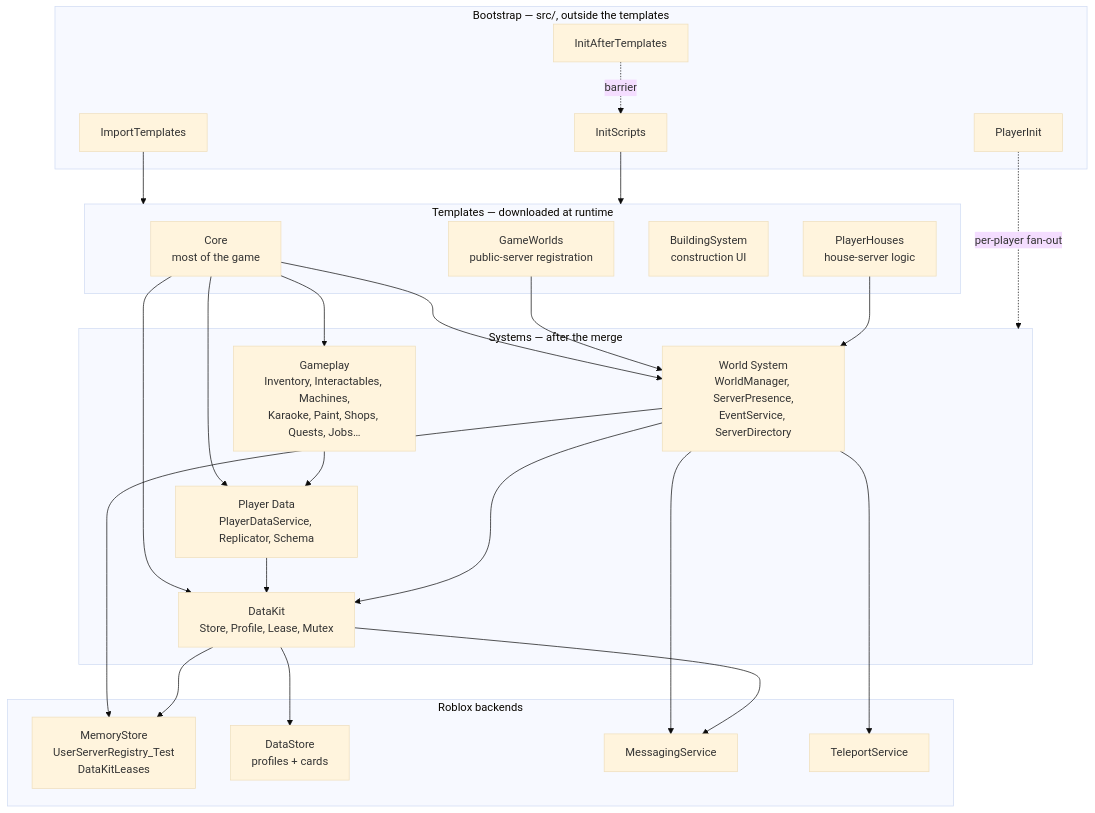
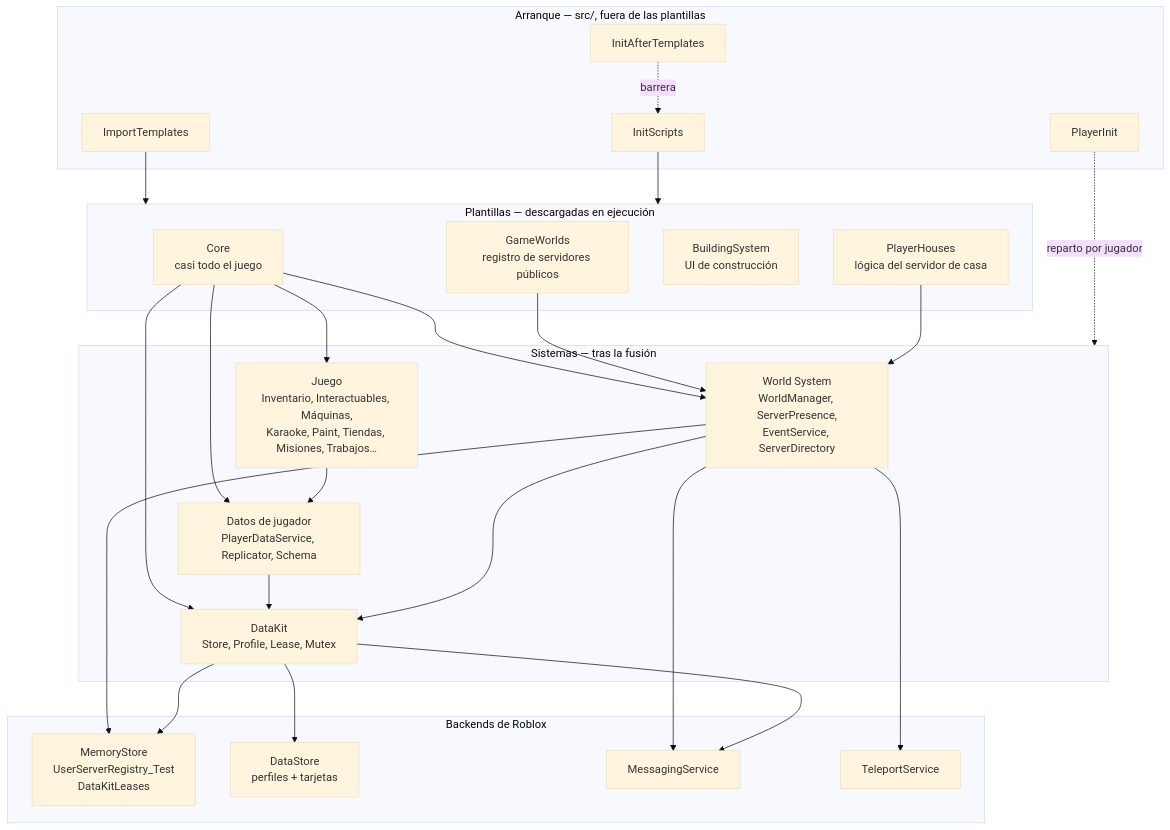
One commit to Arclyne/voz-hispana changed the diagram in docs/architecture/overview.md. Above: the diagram before and after it, drawn with Mermaid (base theme). The commit also changed other lines of this file and 8 other files, not shown here.

````diff
--- a/docs/architecture/overview.md
+++ b/docs/architecture/overview.md
@@ -62,52 +64,52 @@
 ```mermaid
 flowchart TB
-    subgraph BOOT["Bootstrap — src/, outside the templates"]
+    subgraph BOOT["Arranque — src/, fuera de las plantillas"]
         IT["ImportTemplates"]
         IS["InitScripts"]
         IAT["InitAfterTemplates"]
         PI["PlayerInit"]
     end
 
-    subgraph TPL["Templates — downloaded at runtime"]
-        CORE["Core<br/>most of the game"]
-        GW["GameWorlds<br/>public-server registration"]
-        BS["BuildingSystem<br/>construction UI"]
-        PH["PlayerHouses<br/>house-server logic"]
+    subgraph TPL["Plantillas — descargadas en ejecución"]
+        CORE["Core<br/>casi todo el juego"]
+        GW["GameWorlds<br/>registro de servidores públicos"]
+        BS["BuildingSystem<br/>UI de construcción"]
+        PH["PlayerHouses<br/>lógica del servidor de casa"]
     end
 
-    subgraph SYS["Systems — after the merge"]
+    subgraph SYS["Sistemas — tras la fusión"]
         WS["World System<br/>WorldManager, ServerPresence,<br/>EventService, ServerDirectory"]
         DK["DataKit<br/>Store, Profile, Lease, Mutex"]
-        PD["Player Data<br/>PlayerDataService, Replicator, Schema"]
-        GAME["Gameplay<br/>Inventory, Interactables, Machines,<br/>Karaoke, Paint, Shops, Quests, Jobs…"]
+        PD["Datos de jugador<br/>PlayerDataService, Replicator, Schema"]
+        GAME["Juego<br/>Inventario, Interactuables, Máquinas,<br/>Karaoke, Paint, Tiendas, Misiones, Trabajos…"]
     end
 
-    subgraph EXT["Roblox backends"]
+    subgraph EXT["Backends de Roblox"]
         MS["MemoryStore<br/>UserServerRegistry_Test<br/>DataKitLeases"]
-        DS["DataStore<br/>profiles + cards"]
+        DS["DataStore<br/>perfiles + tarjetas"]
         MSG["MessagingService"]
         TS["TeleportService"]
     end
 
     IT --> TPL
     IS --> TPL
-    IAT -.->|barrier| IS
-    PI -.->|per-player fan-out| SYS
+    IAT -.->|barrera| IS
+    PI -.->|reparto por jugador| SYS
 
     CORE --> WS
     CORE --> DK
     CORE --> PD
     CORE --> GAME
     GW --> WS
     PH --> WS
 
     WS --> MS
     WS --> MSG
     WS --> TS
     DK --> MS
     DK --> DS
     DK --> MSG
     PD --> DK
     WS --> DK
     GAME --> PD
 ```
````
